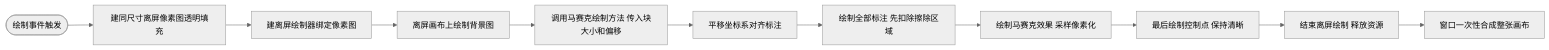
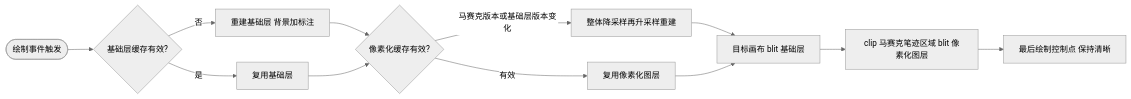
The tenth of 12 diagrams in docs/annotation.md (ChiangyangNPU/quick-shot), drawn with Mermaid (neutral theme) before and after one commit. The commit also changed other lines of this file and 8 other files, not shown here.

````diff
--- a/docs/annotation.md
+++ b/docs/annotation.md
@@ -494,13 +500,14 @@
 ```mermaid
 graph LR
-    S([绘制事件触发]) --> A[建同尺寸离屏像素图透明填充]
-    A --> B[建离屏绘制器绑定像素图]
-    B --> C[离屏画布上绘制背景图]
-    C --> D[调用马赛克绘制方法 传入块大小和偏移]
-    D --> E[平移坐标系对齐标注]
-    E --> F[绘制全部标注 先扣除擦除区域]
-    F --> G[绘制马赛克效果 采样像素化]
-    G --> H[最后绘制控制点 保持清晰]
-    H --> I[结束离屏绘制 释放资源]
-    I --> J[窗口一次性合成整张画布]
+    S([绘制事件触发]) --> A{基础层缓存有效?}
+    A -->|否| B[重建基础层 背景加标注]
+    A -->|是| C[复用基础层]
+    B --> D{像素化缓存有效?}
+    C --> D
+    D -->|马赛克版本或基础层版本变化| E[整体降采样再升采样重建]
+    D -->|有效| F[复用像素化图层]
+    E --> G[目标画布 blit 基础层]
+    F --> G
+    G --> H[clip 马赛克笔迹区域 blit 像素化图层]
+    H --> I[最后绘制控制点 保持清晰]
 ```
````
